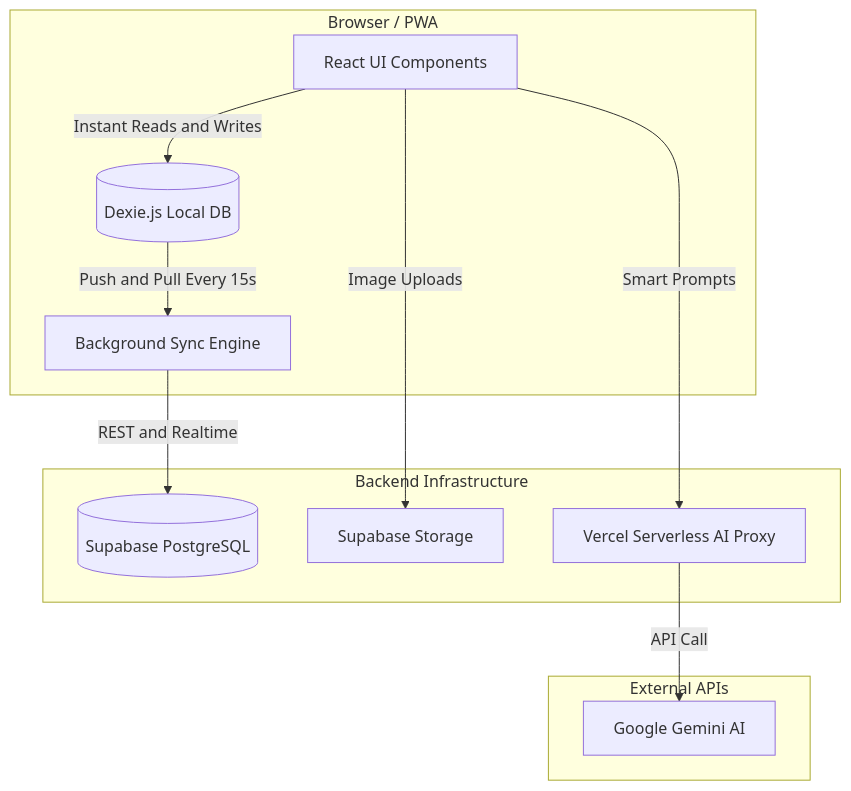
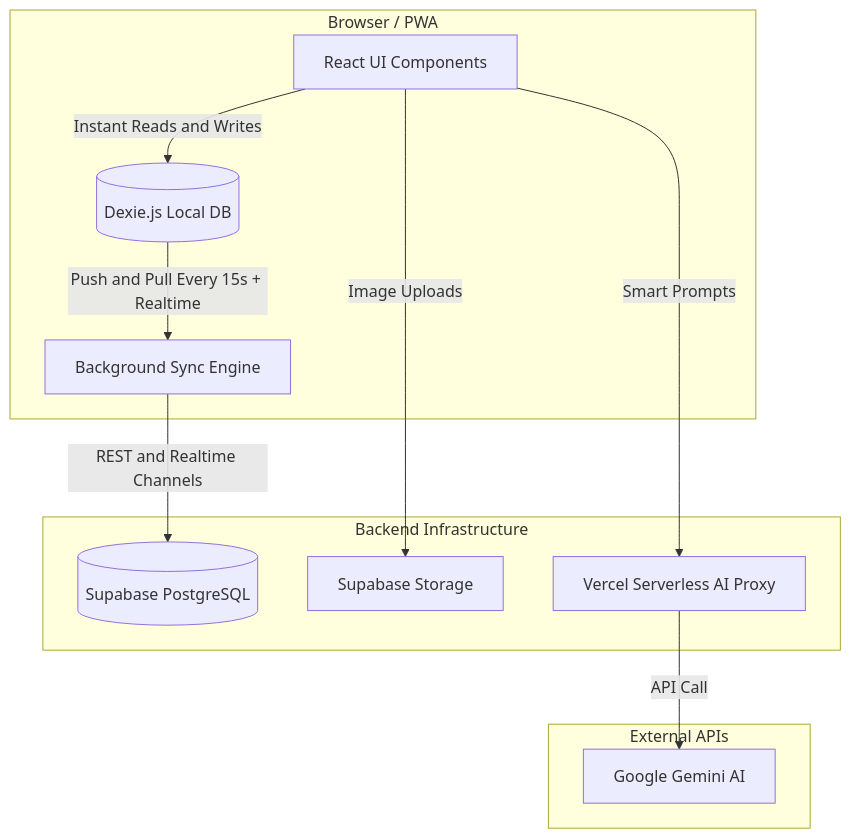
Before and after one commit to BlueByteRAMbo/DevMind: the diagram in README.md, drawn with Mermaid. The commit also changed other lines of this file and 1 other file, not shown here.

````diff
--- a/README.md
+++ b/README.md
@@ -42,25 +85,25 @@
 ```mermaid
 graph TD
     subgraph Client [Browser / PWA]
         UI[React UI Components]
         Dexie[(Dexie.js Local DB)]
         Sync[Background Sync Engine]
     end
 
     subgraph Cloud [Backend Infrastructure]
         Supa[(Supabase PostgreSQL)]
         Storage[Supabase Storage]
         AIProxy[Vercel Serverless AI Proxy]
     end
 
     subgraph External [External APIs]
         Gemini[Google Gemini AI]
     end
 
     UI -->|Instant Reads and Writes| Dexie
-    Dexie -->|Push and Pull Every 15s| Sync
-    Sync -->|REST and Realtime| Supa
+    Dexie -->|Push and Pull Every 15s + Realtime| Sync
+    Sync -->|REST and Realtime Channels| Supa
     UI -->|Image Uploads| Storage
     UI -->|Smart Prompts| AIProxy
     AIProxy -->|API Call| Gemini
 ```
````
